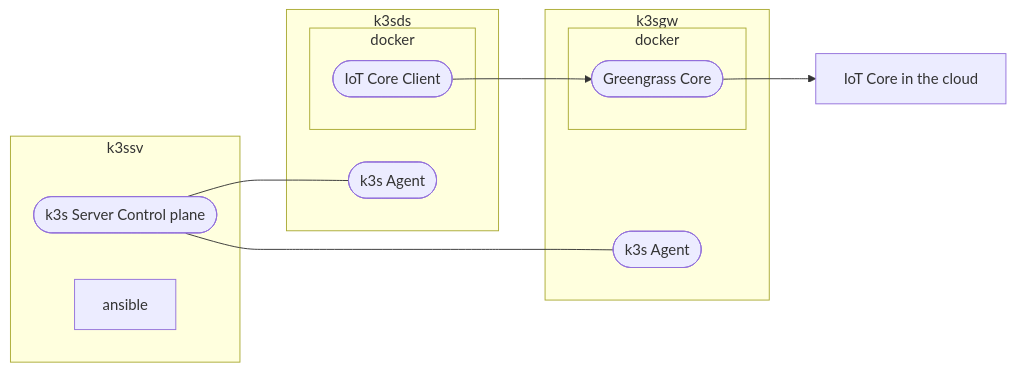
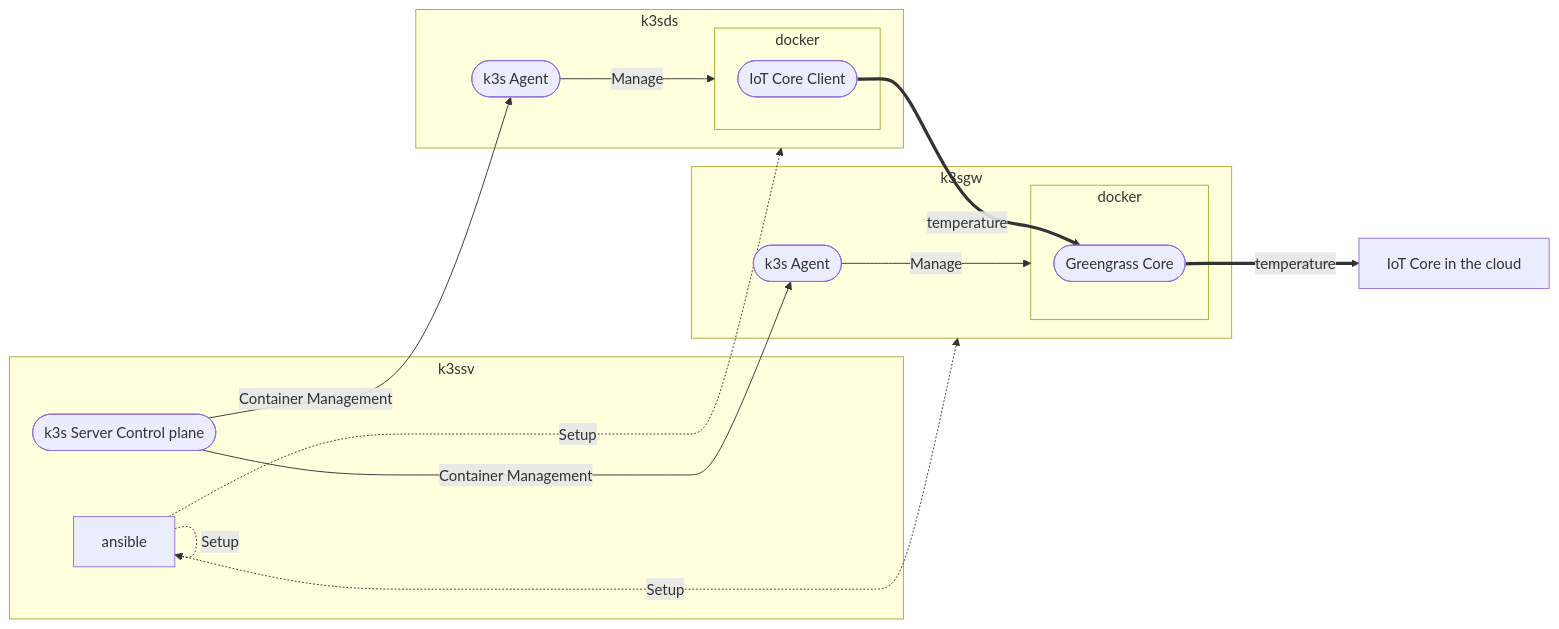
The diagram in ansible/README.md (emboss369/2023-k8s-Team), drawn with Mermaid before and after one commit. The commit also changed other lines of this file and 1 other file, not shown here.

````diff
--- a/ansible/README.md
+++ b/ansible/README.md
@@ -5,24 +38,29 @@
 ```mermaid
 flowchart LR
     subgraph k3ssv
     k3sserver([k3s Server Control plane])
     ansible
     end
     subgraph k3sgw
     k3sagent([k3s Agent ])
     subgraph docker
       ggc([Greengrass Core])
     end
     end
     subgraph k3sds
     k3sagent2([k3s Agent ])
     subgraph docker2[docker]
       client([IoT Core Client])
     end
     end
     
-    k3sserver --- k3sagent
-    k3sserver --- k3sagent2
-    client --> ggc
-    ggc --> cloud[IoT Core in the cloud]
+    k3sserver -- Container Management --> 
+    k3sagent -- Manage --> docker
+    k3sserver -- Container Management --> k3sagent2
+    k3sagent2 -- Manage --> docker2
+    client == temperature ==> ggc
+    ggc == temperature ==> cloud[IoT Core in the cloud]
+    ansible -. Setup .-> k3sds
+    ansible -. Setup .->  k3sgw
+    ansible -. Setup .->  ansible
 ```
````
